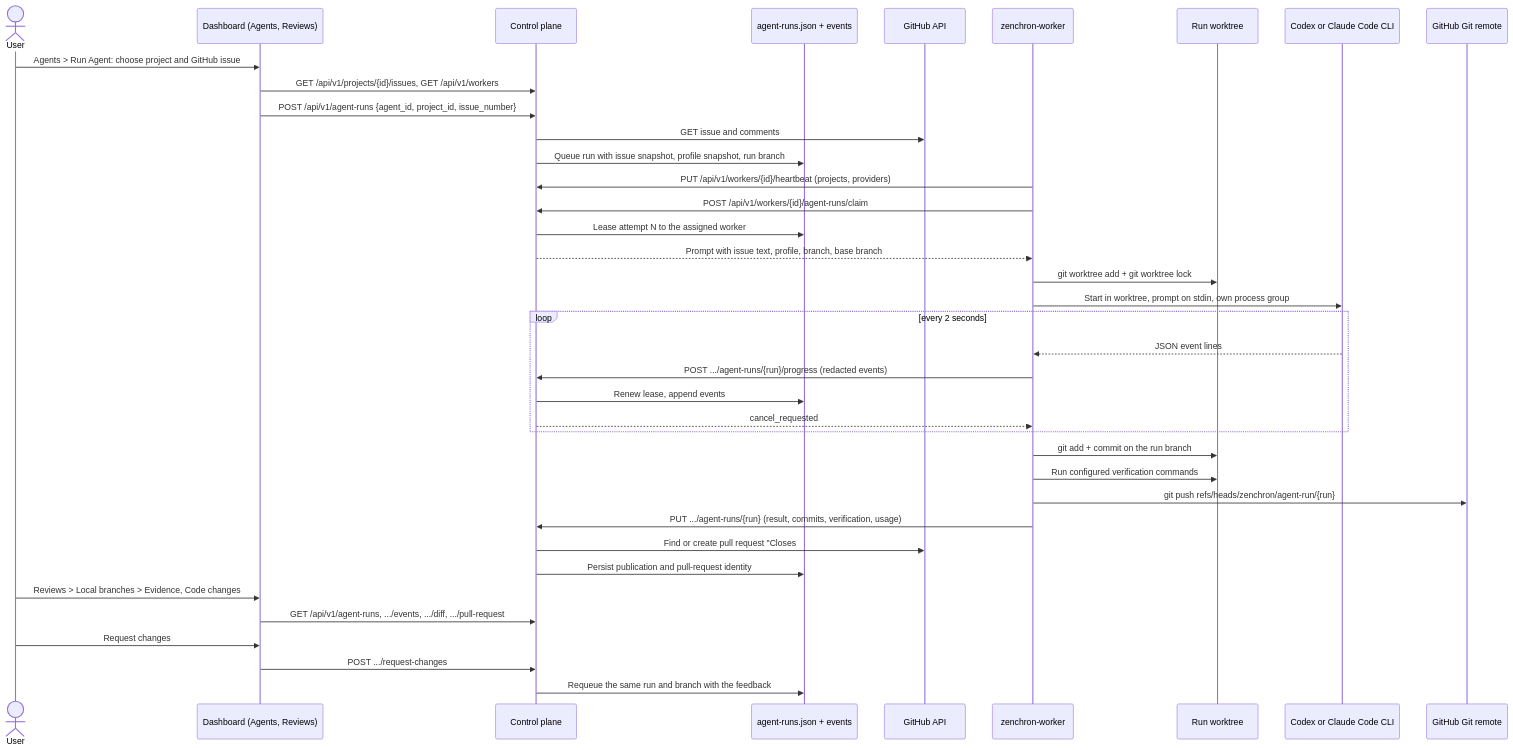
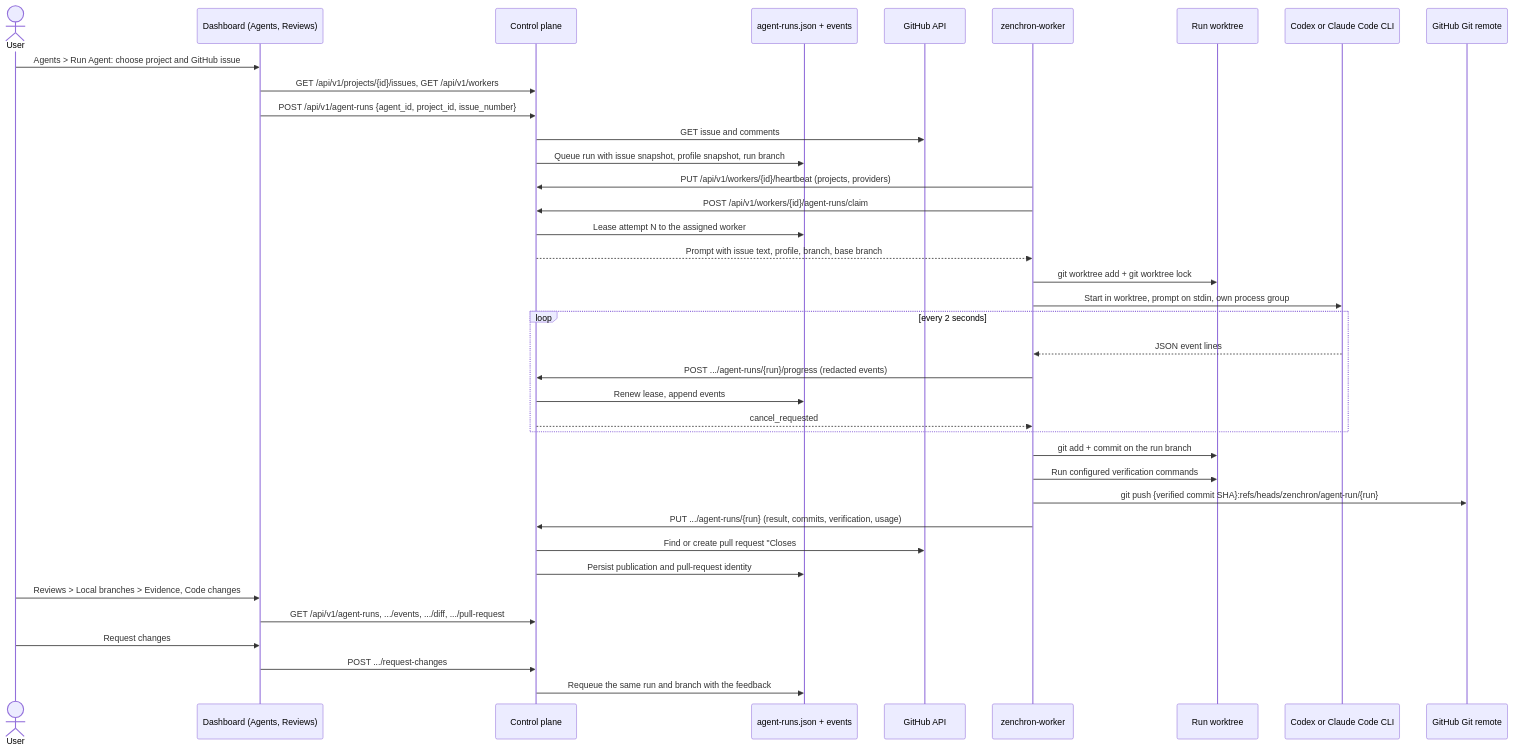
Before and after one commit to bogdaniel/zenchron-engineering-os: the first of 2 diagrams in docs/features/issue-to-pull-request.md, drawn with Mermaid. The commit also changed other lines of this file and 5 other files, not shown here.

Commit message:
fix(worker): push verified agent-run commit

````diff
--- a/docs/features/issue-to-pull-request.md
+++ b/docs/features/issue-to-pull-request.md
@@ -10,40 +10,40 @@
 ```mermaid
 sequenceDiagram
   actor User
   participant UI as Dashboard (Agents, Reviews)
   participant API as Control plane
   participant Store as agent-runs.json + events
   participant GH as GitHub API
   participant Worker as zenchron-worker
   participant Tree as Run worktree
   participant CLI as Codex or Claude Code CLI
   participant Remote as GitHub Git remote
   User->>UI: Agents > Run Agent: choose project and GitHub issue
   UI->>API: GET /api/v1/projects/{id}/issues, GET /api/v1/workers
   UI->>API: POST /api/v1/agent-runs {agent_id, project_id, issue_number}
   API->>GH: GET issue and comments
   API->>Store: Queue run with issue snapshot, profile snapshot, run branch
   Worker->>API: PUT /api/v1/workers/{id}/heartbeat (projects, providers)
   Worker->>API: POST /api/v1/workers/{id}/agent-runs/claim
   API->>Store: Lease attempt N to the assigned worker
   API-->>Worker: Prompt with issue text, profile, branch, base branch
   Worker->>Tree: git worktree add + git worktree lock
   Worker->>CLI: Start in worktree, prompt on stdin, own process group
   loop every 2 seconds
     CLI-->>Worker: JSON event lines
     Worker->>API: POST .../agent-runs/{run}/progress (redacted events)
     API->>Store: Renew lease, append events
     API-->>Worker: cancel_requested
   end
   Worker->>Tree: git add + commit on the run branch
   Worker->>Tree: Run configured verification commands
-  Worker->>Remote: git push refs/heads/zenchron/agent-run/{run}
+  Worker->>Remote: git push {verified commit SHA}:refs/heads/zenchron/agent-run/{run}
   Worker->>API: PUT .../agent-runs/{run} (result, commits, verification, usage)
   API->>GH: Find or create pull request "Closes #issue"
   API->>Store: Persist publication and pull-request identity
   User->>UI: Reviews > Local branches > Evidence, Code changes
   UI->>API: GET /api/v1/agent-runs, .../events, .../diff, .../pull-request
   User->>UI: Request changes
   UI->>API: POST .../request-changes
   API->>Store: Requeue the same run and branch with the feedback
 ```
````
